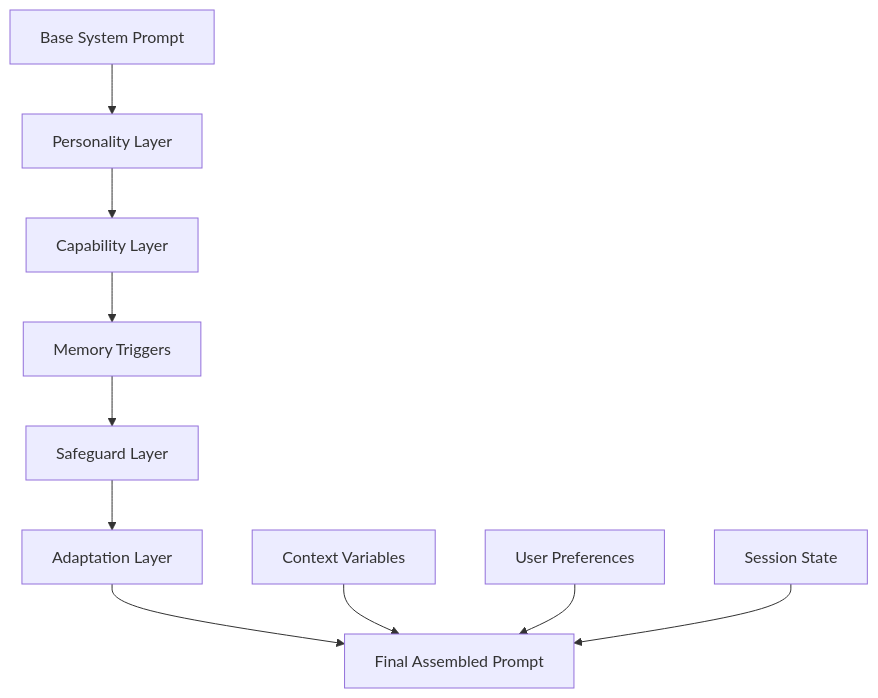
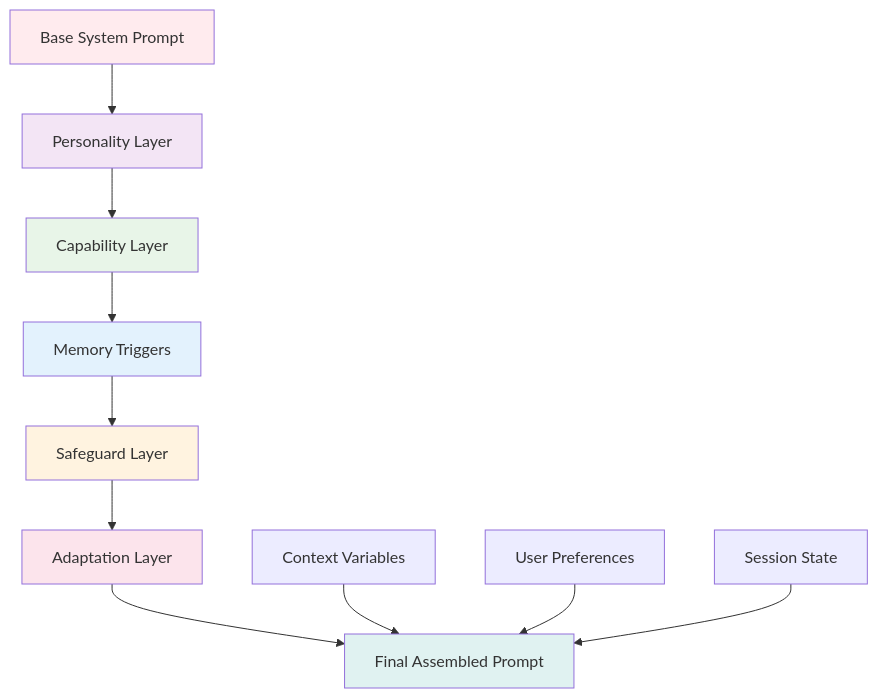
Before and after one commit to framersai/agentos-live-docs: the third of 7 diagrams in backend/agentos/docs/PROMPTS.md, drawn with Mermaid. The commit also changed other lines of this file and 17 other files, not shown here.

````diff
--- a/backend/agentos/docs/PROMPTS.md
+++ b/backend/agentos/docs/PROMPTS.md
@@ -153,13 +212,21 @@
 ```mermaid
 graph TD
     A[Base System Prompt] --> B[Personality Layer]
     B --> C[Capability Layer]
     C --> D[Memory Triggers]
     D --> E[Safeguard Layer]
     E --> F[Adaptation Layer]
     F --> G[Final Assembled Prompt]
     
     H[Context Variables] --> G
     I[User Preferences] --> G
     J[Session State] --> G
+    
+    style A fill:#ffebee
+    style B fill:#f3e5f5
+    style C fill:#e8f5e8
+    style D fill:#e3f2fd
+    style E fill:#fff3e0
+    style F fill:#fce4ec
+    style G fill:#e0f2f1
 ```
````
